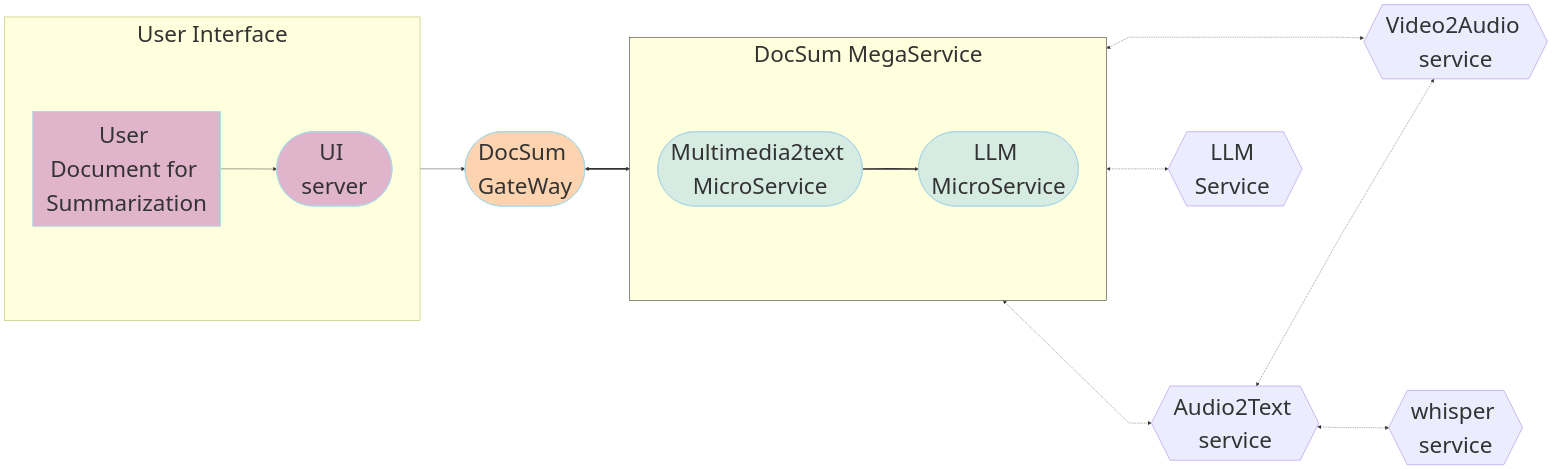
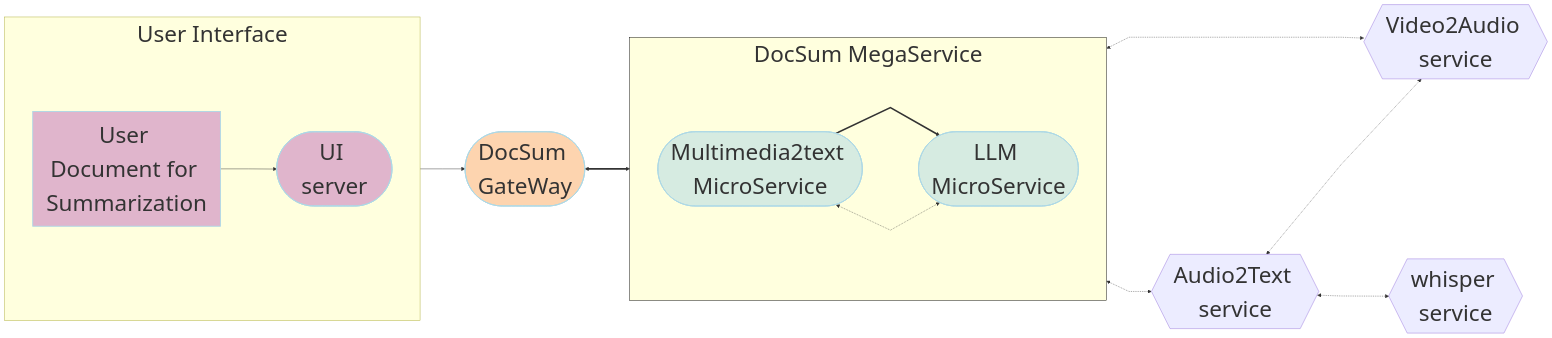
One commit to opea-project/GenAIExamples changed the second of 2 diagrams in DocSum/README.md. Above: the diagram before and after it, drawn with Mermaid. The commit also changed other lines of this file, not shown here.

Commit message:
update read me file

````diff
--- a/DocSum/README.md
+++ b/DocSum/README.md
@@ -129,54 +129,53 @@
 ```mermaid
 ---
 config:
   flowchart:
     nodeSpacing: 400
     rankSpacing: 100
     curve: linear
   themeVariables:
     fontSize: 50px
 ---
 flowchart LR
     %% Colors %%
     classDef blue fill:#ADD8E6,stroke:#ADD8E6,stroke-width:2px,fill-opacity:0.5
     classDef orange fill:#FBAA60,stroke:#ADD8E6,stroke-width:2px,fill-opacity:0.5
     classDef orchid fill:#C26DBC,stroke:#ADD8E6,stroke-width:2px,fill-opacity:0.5
     classDef invisible fill:transparent,stroke:transparent;
     style DocSum-MegaService stroke:#000000
 
     %% Subgraphs %%
     subgraph DocSum-MegaService["DocSum MegaService "]
         direction LR
         M2T([Multimedia2text MicroService]):::blue
         LLM([LLM MicroService]):::blue
     end
     subgraph UserInterface[" User Interface "]
         direction LR
         a([User Input Query]):::orchid
         UI([UI server<br>]):::orchid
     end
 
 
     A2T_SRV{{Audio2Text service<br>}}
     V2A_SRV{{Video2Audio service<br>}}
     WSP_SRV{{whisper service<br>}}
-    LLM_gen{{LLM Service <br>}}
     GW([DocSum GateWay<br>]):::orange
 
 
     %% Questions interaction
     direction LR
     a[User Document for Summarization] --> UI
     UI --> GW
     GW <==> DocSum-MegaService
     M2T ==> LLM
     
     %% Embedding service flow
     direction LR
     M2T <-.-> V2A_SRV
     M2T <-.-> A2T_SRV <-.-> WSP_SRV
     A2T_SRV <-.-> V2A_SRV 
-    LLM <-.-> LLM_gen
-
+    M2T <-.-> LLM
+    
 
 ```
````
